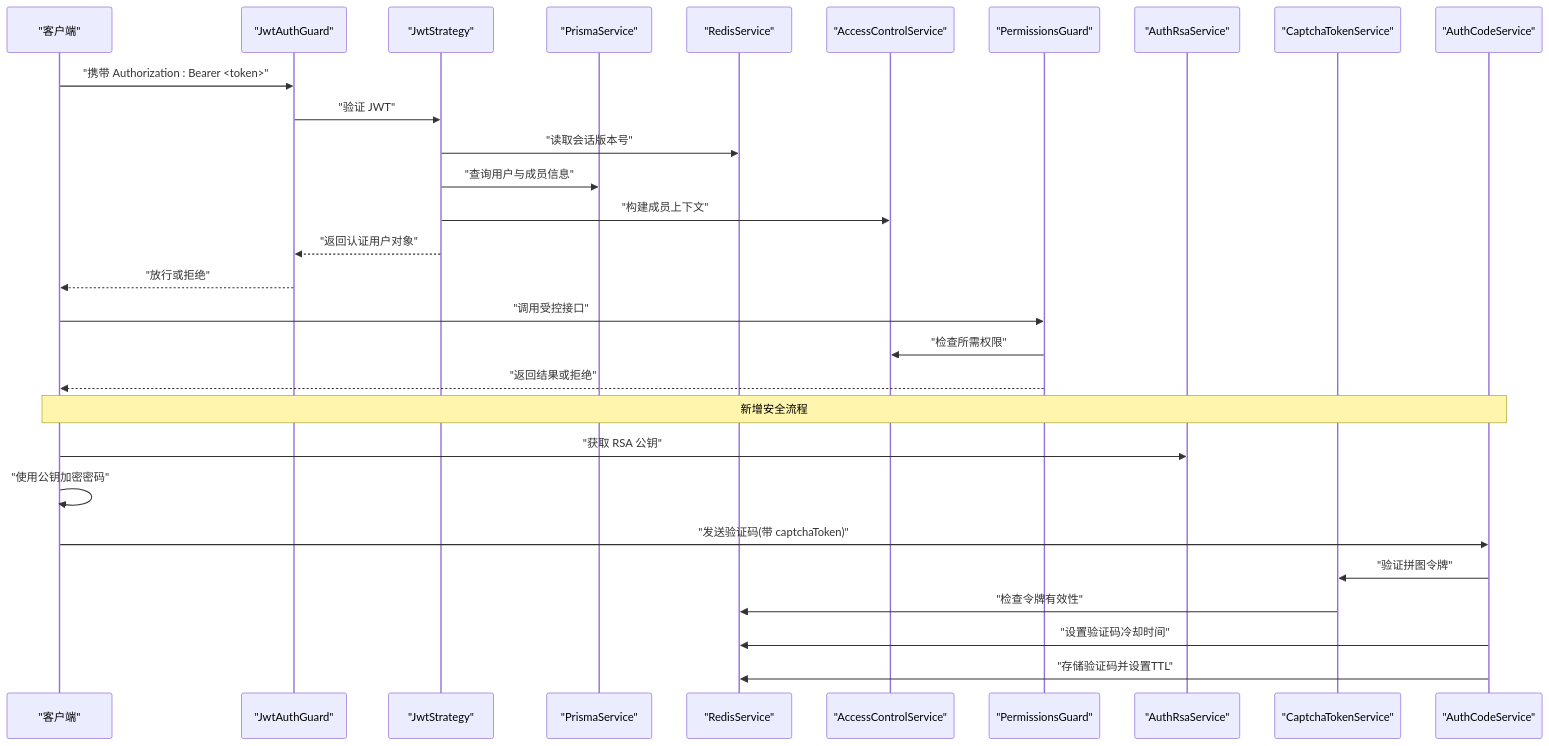
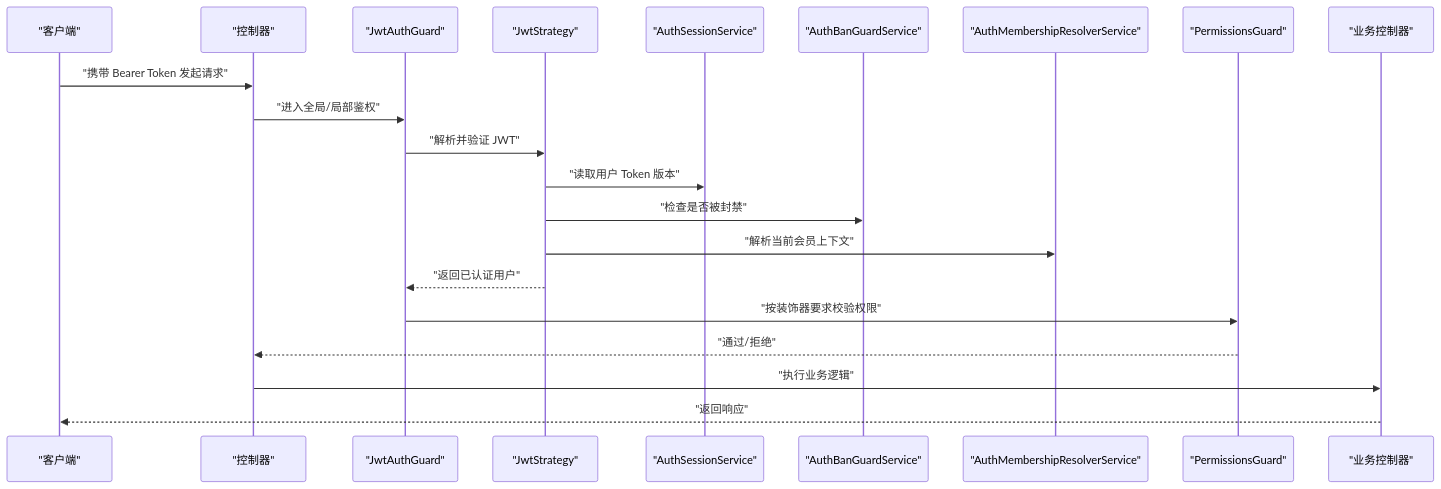
One commit to rc558620/purelyprofit-server changed the second of 7 diagrams in .qoder/repowiki/zh/content/架构设计/安全架构.md. Above: the diagram before and after it, drawn with Mermaid. The commit also changed other lines of this file and 55 other files, not shown here.

````diff
--- a/.qoder/repowiki/zh/content/架构设计/安全架构.md
+++ b/.qoder/repowiki/zh/content/架构设计/安全架构.md
@@ -185,31 +129,23 @@
 ```mermaid
 sequenceDiagram
-participant C as "客户端"
-participant G as "JwtAuthGuard"
-participant S as "JwtStrategy"
-participant P as "PrismaService"
-participant R as "RedisService"
-participant A as "AccessControlService"
-participant PG as "PermissionsGuard"
-participant ARSA as "AuthRsaService"
-participant CTS as "CaptchaTokenService"
-participant ACODE as "AuthCodeService"
-C->>G : "携带 Authorization : Bearer <token>"
-G->>S : "验证 JWT"
-S->>R : "读取会话版本号"
-S->>P : "查询用户与成员信息"
-S->>A : "构建成员上下文"
-S-->>G : "返回认证用户对象"
-G-->>C : "放行或拒绝"
-C->>PG : "调用受控接口"
-PG->>A : "检查所需权限"
-PG-->>C : "返回结果或拒绝"
-Note over C,ACODE : 新增安全流程
-C->>ARSA : "获取 RSA 公钥"
-C->>C : "使用公钥加密密码"
-C->>ACODE : "发送验证码(带 captchaToken)"
-ACODE->>CTS : "验证拼图令牌"
-CTS->>R : "检查令牌有效性"
-ACODE->>R : "设置验证码冷却时间"
-ACODE->>R : "存储验证码并设置TTL"
+participant Client as "客户端"
+participant API as "控制器"
+participant Guard as "JwtAuthGuard"
+participant Strategy as "JwtStrategy"
+participant Session as "AuthSessionService"
+participant Ban as "AuthBanGuardService"
+participant Member as "AuthMembershipResolverService"
+participant Perm as "PermissionsGuard"
+participant Ctrl as "业务控制器"
+Client->>API : "携带 Bearer Token 发起请求"
+API->>Guard : "进入全局/局部鉴权"
+Guard->>Strategy : "解析并验证 JWT"
+Strategy->>Session : "读取用户 Token 版本"
+Strategy->>Ban : "检查是否被封禁"
+Strategy->>Member : "解析当前会员上下文"
+Strategy-->>Guard : "返回已认证用户"
+Guard->>Perm : "按装饰器要求校验权限"
+Perm-->>API : "通过/拒绝"
+API->>Ctrl : "执行业务逻辑"
+Ctrl-->>Client : "返回响应"
 ```
````
